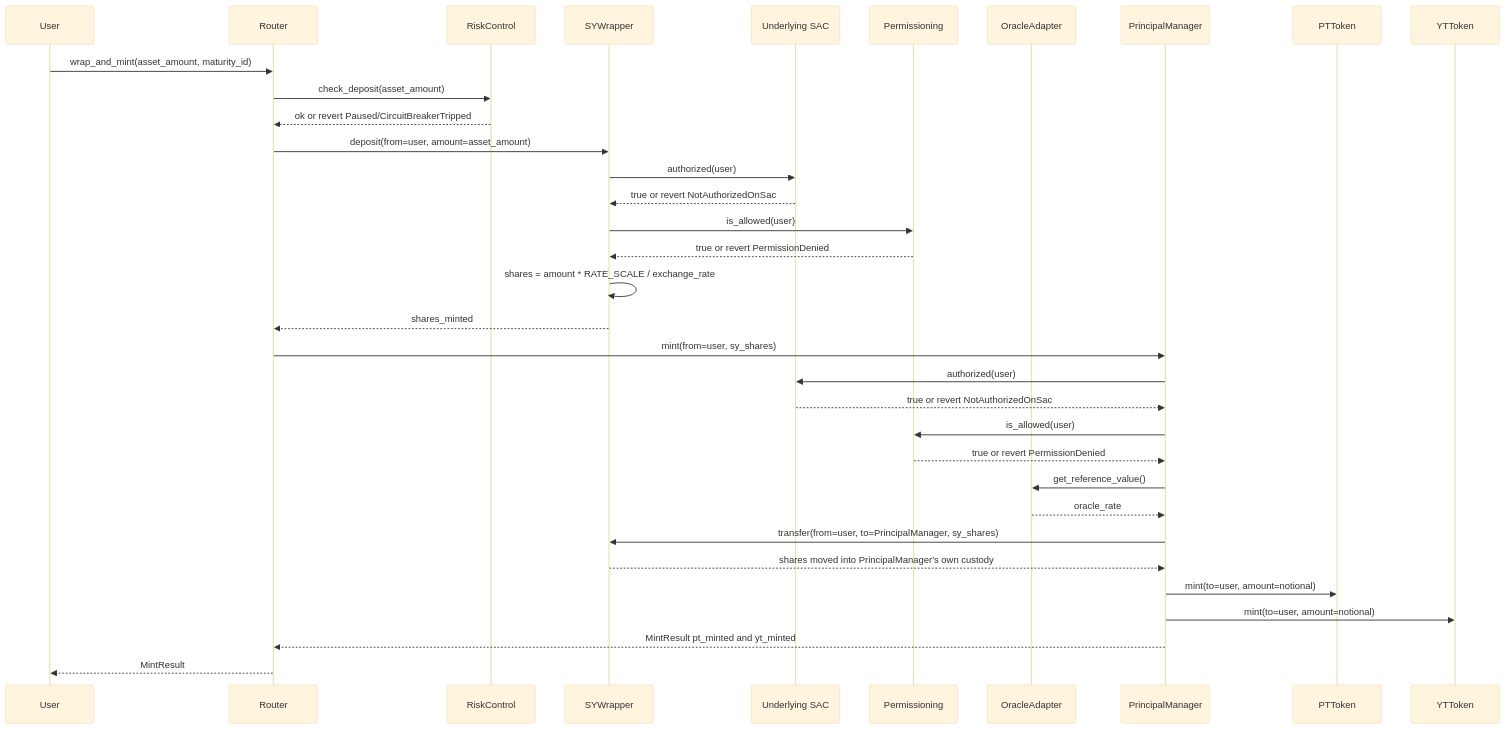
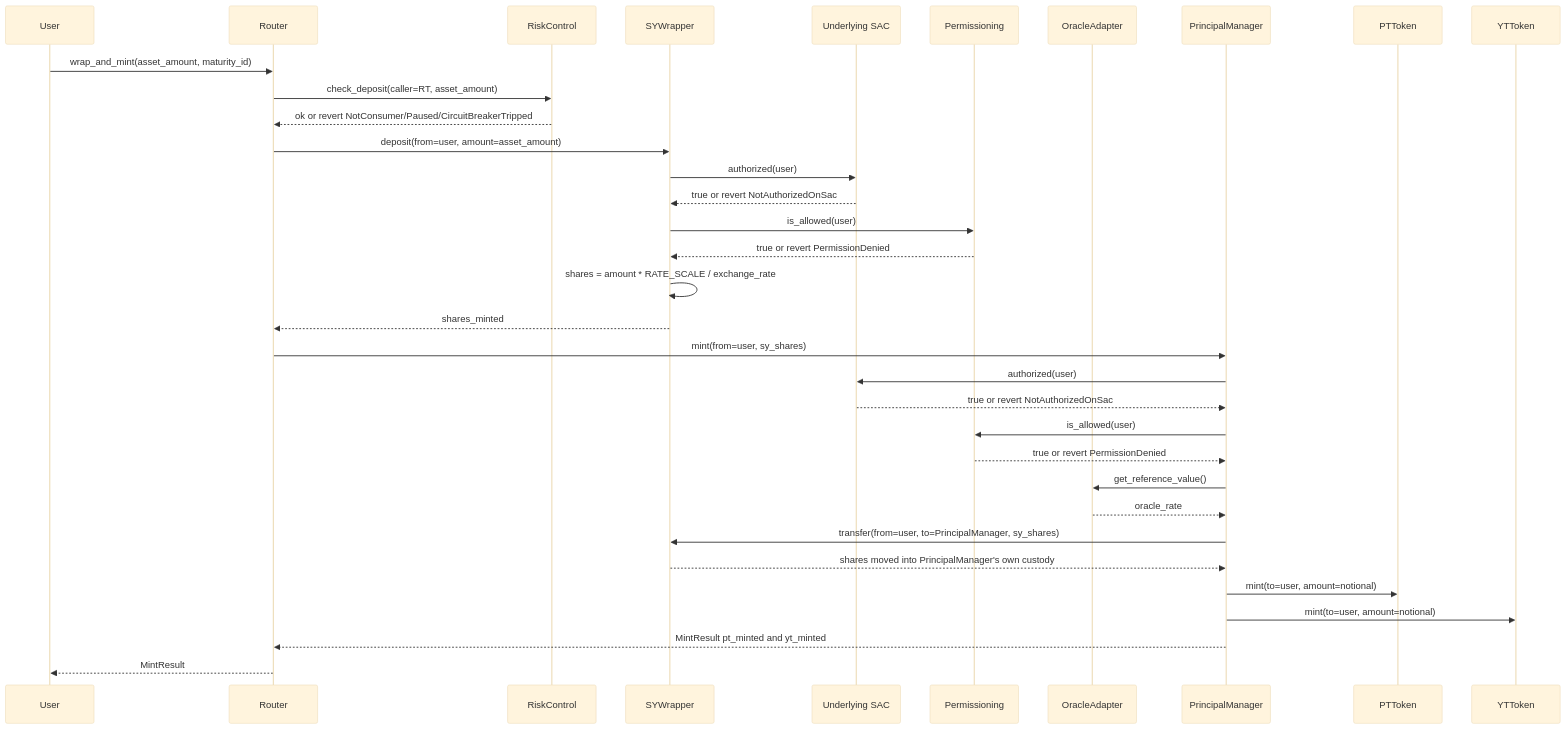
Before and after one commit to principal-Protocol-org/principal: the second of 9 diagrams in ARCHITECTURE.md, drawn with Mermaid (base theme). The commit also changed 4 other files, not shown here.

````diff
--- a/ARCHITECTURE.md
+++ b/ARCHITECTURE.md
@@ -151,37 +151,37 @@
 ```mermaid
 sequenceDiagram
     participant U as User
     participant RT as Router
     participant RC as RiskControl
     participant SYW as SYWrapper
     participant UND as Underlying SAC
     participant PERM as Permissioning
     participant OA as OracleAdapter
     participant PM as PrincipalManager
     participant PT as PTToken
     participant YT as YTToken
 
     U->>RT: wrap_and_mint(asset_amount, maturity_id)
-    RT->>RC: check_deposit(asset_amount)
-    RC-->>RT: ok or revert Paused/CircuitBreakerTripped
+    RT->>RC: check_deposit(caller=RT, asset_amount)
+    RC-->>RT: ok or revert NotConsumer/Paused/CircuitBreakerTripped
     RT->>SYW: deposit(from=user, amount=asset_amount)
     SYW->>UND: authorized(user)
     UND-->>SYW: true or revert NotAuthorizedOnSac
     SYW->>PERM: is_allowed(user)
     PERM-->>SYW: true or revert PermissionDenied
     SYW->>SYW: shares = amount * RATE_SCALE / exchange_rate
     SYW-->>RT: shares_minted
     RT->>PM: mint(from=user, sy_shares)
     PM->>UND: authorized(user)
     UND-->>PM: true or revert NotAuthorizedOnSac
     PM->>PERM: is_allowed(user)
     PERM-->>PM: true or revert PermissionDenied
     PM->>OA: get_reference_value()
     OA-->>PM: oracle_rate
     PM->>SYW: transfer(from=user, to=PrincipalManager, sy_shares)
     SYW-->>PM: shares moved into PrincipalManager's own custody
     PM->>PT: mint(to=user, amount=notional)
     PM->>YT: mint(to=user, amount=notional)
     PM-->>RT: MintResult pt_minted and yt_minted
     RT-->>U: MintResult
 ```
````
